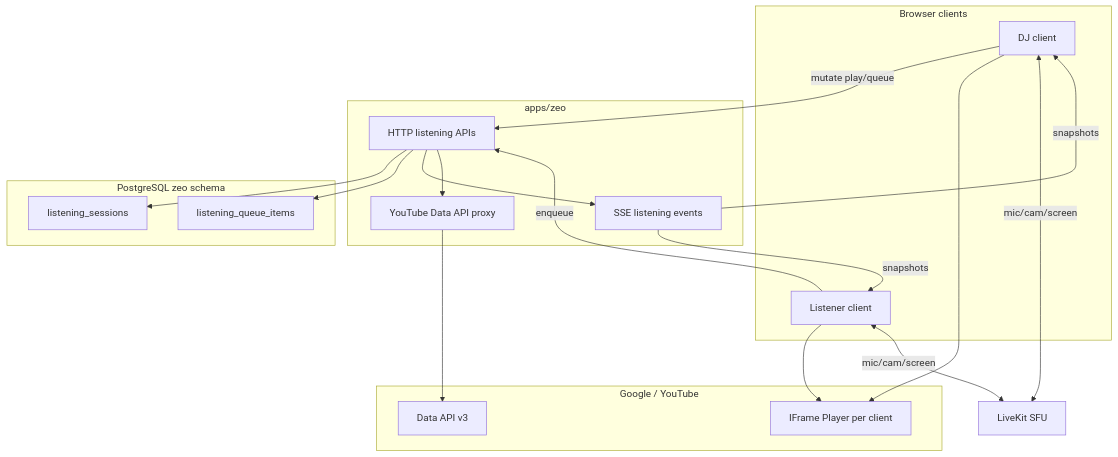
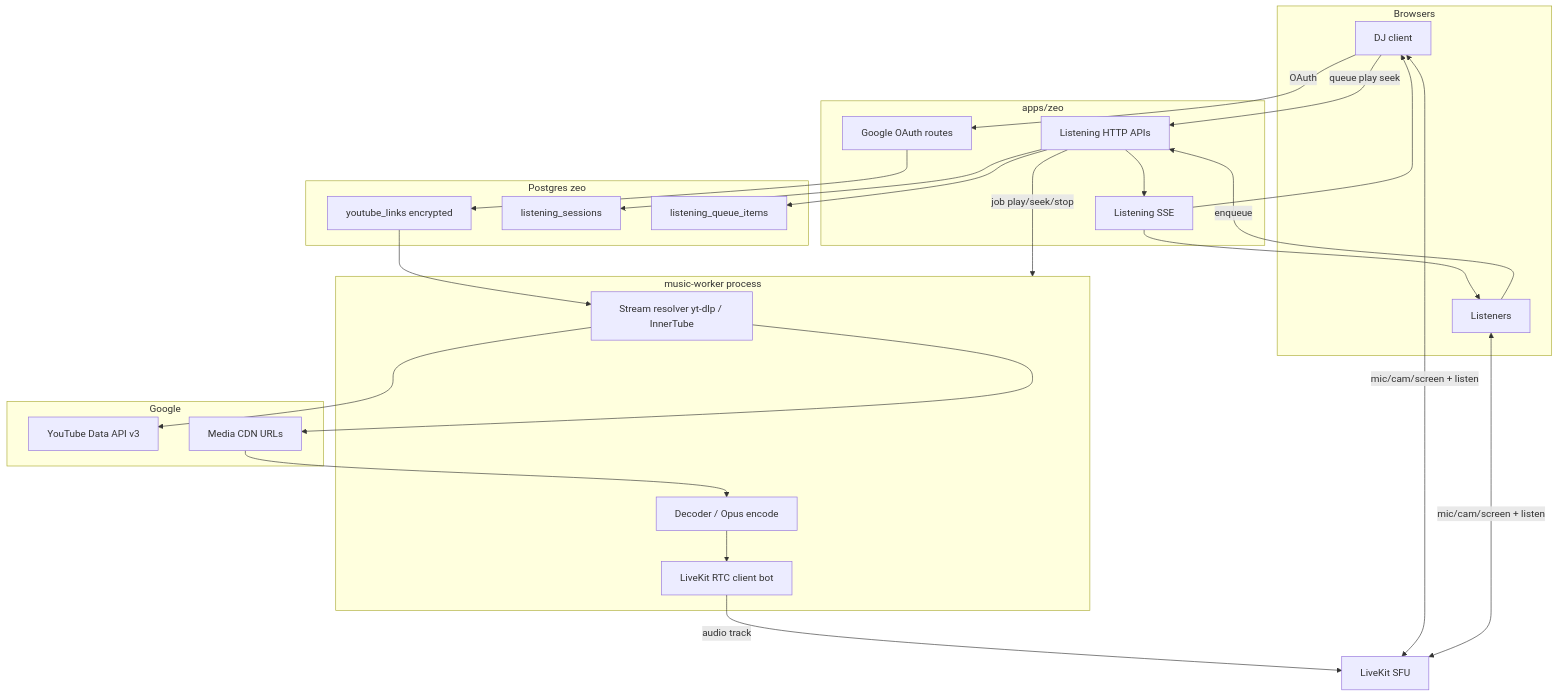
Before and after one commit to Z0XM/pocket-dimension: the diagram in _bmad-output/zeo/planning-artifacts/shared-listening-decisions.md, drawn with Mermaid. The commit also changed other lines of this file, not shown here.

First line of the commit message:
Pivot shared listening plan to Discord-bot stream relay.

````diff
--- a/_bmad-output/zeo/planning-artifacts/shared-listening-decisions.md
+++ b/_bmad-output/zeo/planning-artifacts/shared-listening-decisions.md
@@ -137,37 +121,49 @@
 ```mermaid
 flowchart TB
-  subgraph clients [Browser clients]
+  subgraph clients [Browsers]
     DJ[DJ client]
-    L1[Listener client]
+    L1[Listeners]
   end
 
   subgraph zeo [apps/zeo]
-    API[HTTP listening APIs]
-    SSE[SSE listening events]
-    YTProxy[YouTube Data API proxy]
+    API[Listening HTTP APIs]
+    SSE[Listening SSE]
+    OAuth[Google OAuth routes]
   end
 
-  subgraph data [PostgreSQL zeo schema]
+  subgraph data [Postgres zeo]
+    TOK[youtube_links encrypted]
     LS[listening_sessions]
     LQ[listening_queue_items]
   end
 
-  subgraph google [Google / YouTube]
-    IFRAME[IFrame Player per client]
-    DATA[Data API v3]
+  subgraph worker [music-worker process]
+    RES[Stream resolver yt-dlp / InnerTube]
+    DEC[Decoder / Opus encode]
+    BOT[LiveKit RTC client bot]
   end
 
-  DJ -->|mutate play/queue| API
+  subgraph google [Google]
+    GAPI[YouTube Data API v3]
+    CDN[Media CDN URLs]
+  end
+
+  DJ -->|OAuth| OAuth
+  OAuth --> TOK
+  DJ -->|queue play seek| API
   L1 -->|enqueue| API
   API --> LS
   API --> LQ
   API --> SSE
-  SSE -->|snapshots| DJ
-  SSE -->|snapshots| L1
-  YTProxy --> DATA
-  API --> YTProxy
-  DJ --> IFRAME
-  L1 --> IFRAME
-  DJ <-->|mic/cam/screen| LK[LiveKit SFU]
-  L1 <-->|mic/cam/screen| LK
+  SSE --> DJ
+  SSE --> L1
+  API -->|job play/seek/stop| worker
+  TOK --> RES
+  RES --> GAPI
+  RES --> CDN
+  CDN --> DEC
+  DEC --> BOT
+  BOT -->|audio track| LK[LiveKit SFU]
+  DJ <-->|mic/cam/screen + listen| LK
+  L1 <-->|mic/cam/screen + listen| LK
 ```
````
